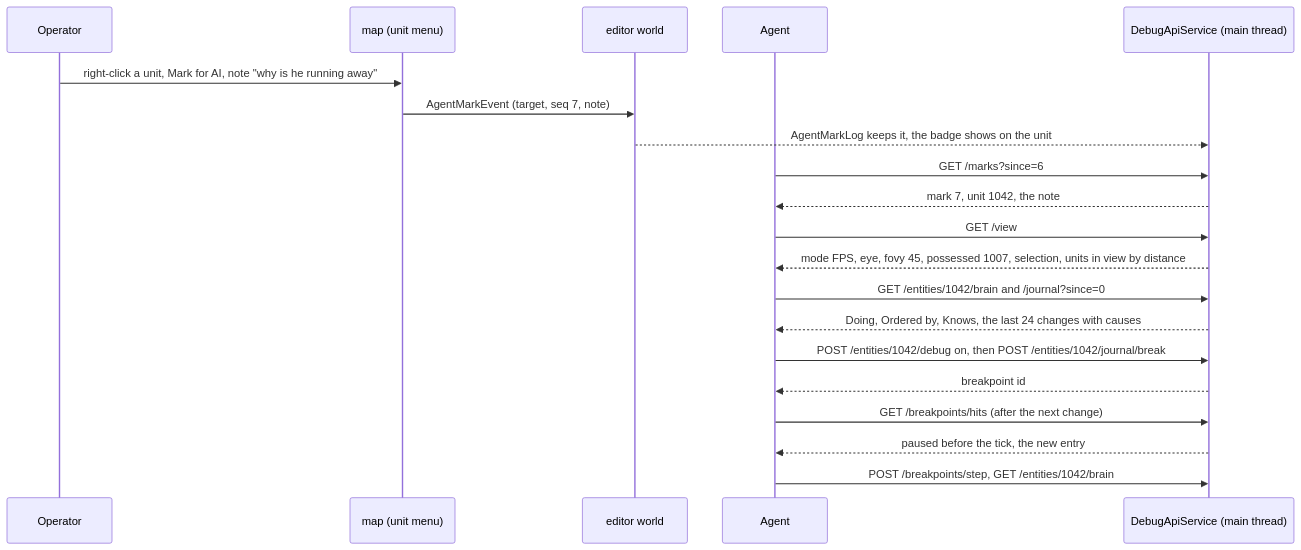
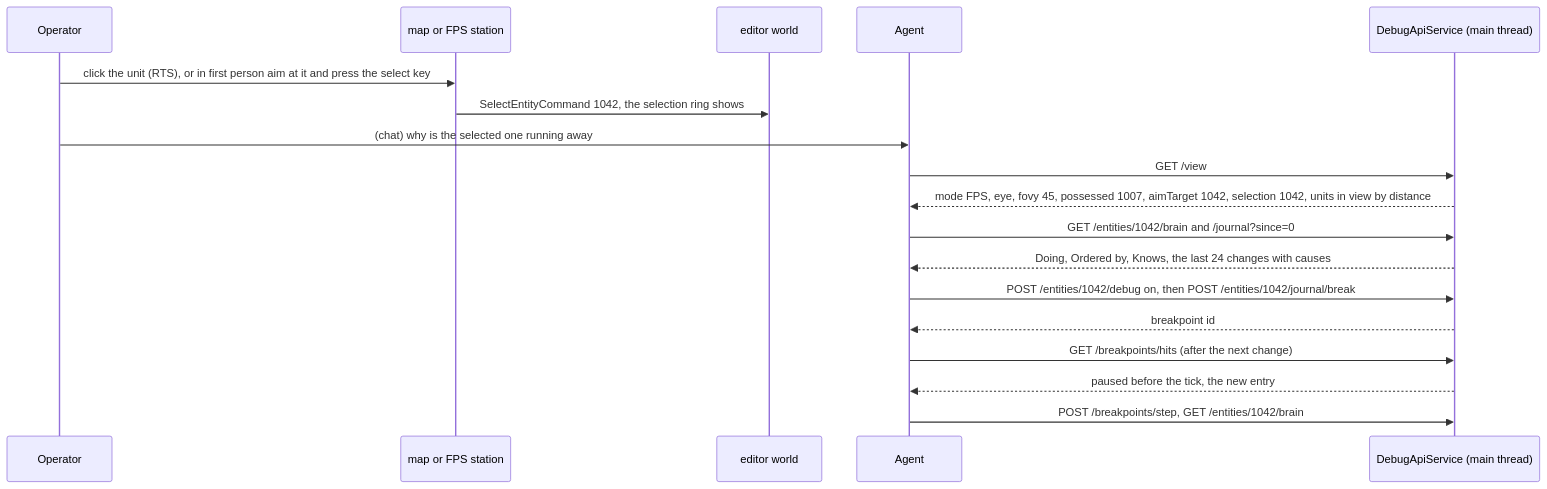
Before and after one commit to pjanec/HROT: the second of 4 diagrams in docs/DESIGN_Agent_Shared_View.md, drawn with Mermaid. The commit also changed other lines of this file and 6 other files, not shown here.

````diff
--- a/docs/DESIGN_Agent_Shared_View.md
+++ b/docs/DESIGN_Agent_Shared_View.md
@@ -115,22 +117,20 @@
 ```mermaid
 sequenceDiagram
   participant O as Operator
-  participant M as map (unit menu)
+  participant M as map or FPS station
   participant W as editor world
   participant A as Agent
   participant S as DebugApiService (main thread)
-  O->>M: right-click a unit, Mark for AI, note "why is he running away"
-  M->>W: AgentMarkEvent (target, seq 7, note)
-  W-->>S: AgentMarkLog keeps it, the badge shows on the unit
-  A->>S: GET /marks?since=6
-  S-->>A: mark 7, unit 1042, the note
+  O->>M: click the unit (RTS), or in first person aim at it and press the select key
+  M->>W: SelectEntityCommand 1042, the selection ring shows
+  O->>A: (chat) why is the selected one running away
   A->>S: GET /view
-  S-->>A: mode FPS, eye, fovy 45, possessed 1007, selection, units in view by distance
+  S-->>A: mode FPS, eye, fovy 45, possessed 1007, aimTarget 1042, selection 1042, units in view by distance
   A->>S: GET /entities/1042/brain and /journal?since=0
   S-->>A: Doing, Ordered by, Knows, the last 24 changes with causes
   A->>S: POST /entities/1042/debug on, then POST /entities/1042/journal/break
   S-->>A: breakpoint id
   A->>S: GET /breakpoints/hits (after the next change)
   S-->>A: paused before the tick, the new entry
   A->>S: POST /breakpoints/step, GET /entities/1042/brain
 ```
````
